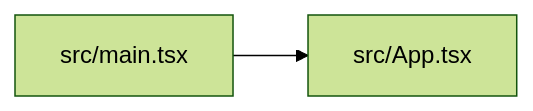
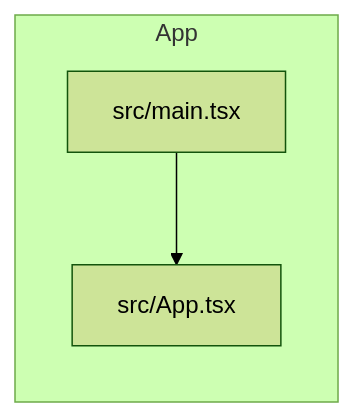
The second of 2 diagrams in docs/code-map.md (pleszr/allocio), drawn with Mermaid (forest theme) before and after one commit. The commit also changed other lines of this file and 3 other files, not shown here.

First line of the commit message:
Group overview module graph into per-layer subgraphs

````diff
--- a/docs/code-map.md
+++ b/docs/code-map.md
@@ -111,6 +121,8 @@
 ```mermaid
 graph LR
-  n_frontend_src_App_tsx["src/App.tsx"]
-  n_frontend_src_main_tsx["src/main.tsx"]
+  subgraph App
+    n_frontend_src_App_tsx["src/App.tsx"]
+    n_frontend_src_main_tsx["src/main.tsx"]
+  end
   n_frontend_src_main_tsx --> n_frontend_src_App_tsx
 ```
````
